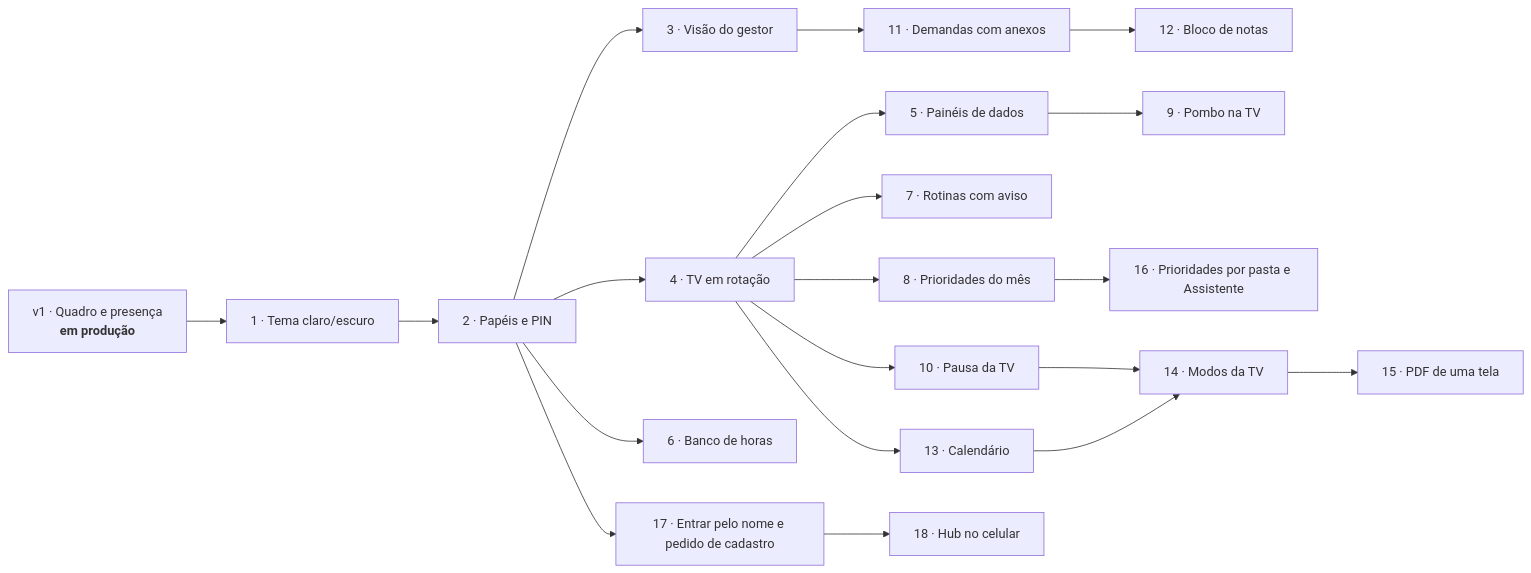
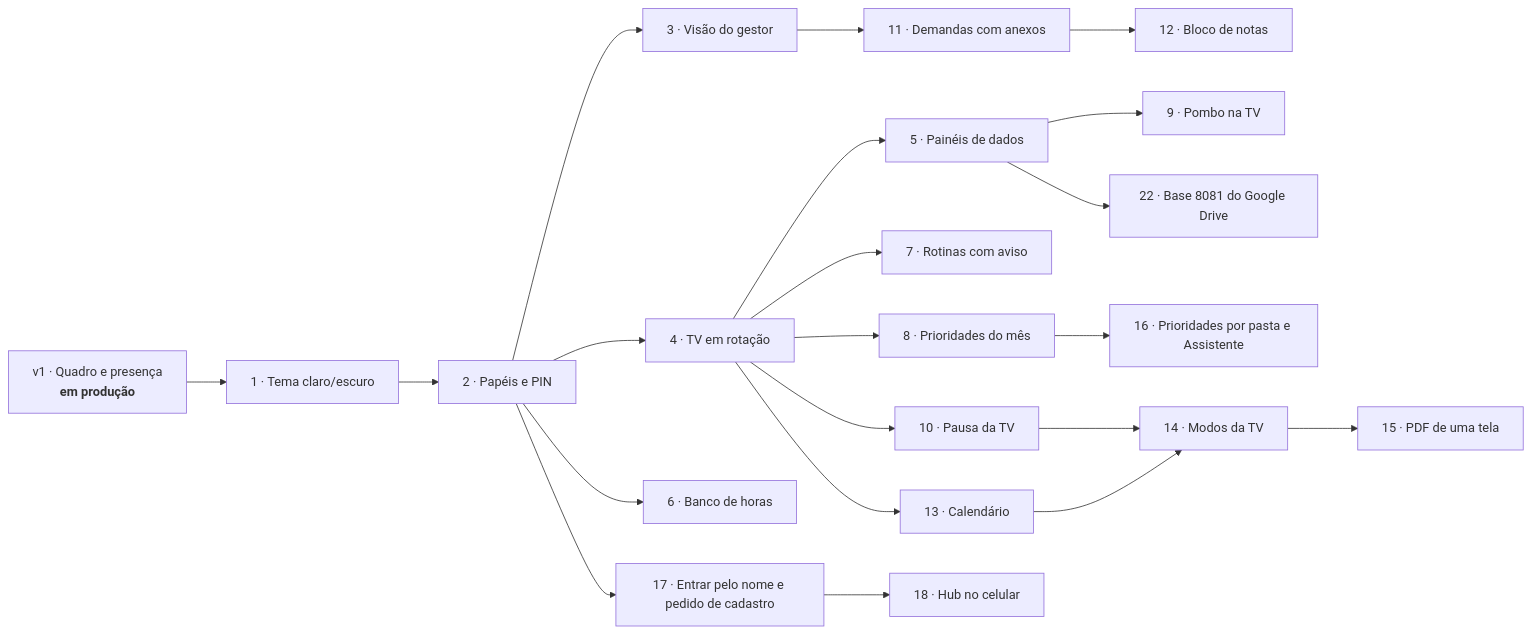
One commit to fishman2004/hub-analistas changed the diagram in docs/roadmap.md. Above: the diagram before and after it, drawn with Mermaid. The commit also changed other lines of this file and 18 other files, not shown here.

First line of the commit message:
Fase 22: base 8081 automática do Google Drive

````diff
--- a/docs/roadmap.md
+++ b/docs/roadmap.md
@@ -5,22 +5,23 @@
 ```mermaid
 flowchart LR
     V1[v1 · Quadro e presença<br><b>em produção</b>] --> F1[1 · Tema claro/escuro]
     F1 --> F2[2 · Papéis e PIN]
     F2 --> F3[3 · Visão do gestor]
     F2 --> F4[4 · TV em rotação]
     F4 --> F5[5 · Painéis de dados]
     F2 --> F6[6 · Banco de horas]
     F4 --> F7[7 · Rotinas com aviso]
     F4 --> F8[8 · Prioridades do mês]
     F5 --> F9[9 · Pombo na TV]
     F4 --> F10[10 · Pausa da TV]
     F3 --> F11[11 · Demandas com anexos]
     F11 --> F12[12 · Bloco de notas]
     F4 --> F13[13 · Calendário]
     F10 --> F14[14 · Modos da TV]
     F13 --> F14
     F14 --> F15[15 · PDF de uma tela]
     F8 --> F16[16 · Prioridades por pasta e Assistente]
     F2 --> F17[17 · Entrar pelo nome e pedido de cadastro]
     F17 --> F18[18 · Hub no celular]
+    F5 --> F22[22 · Base 8081 do Google Drive]
 ```
````
